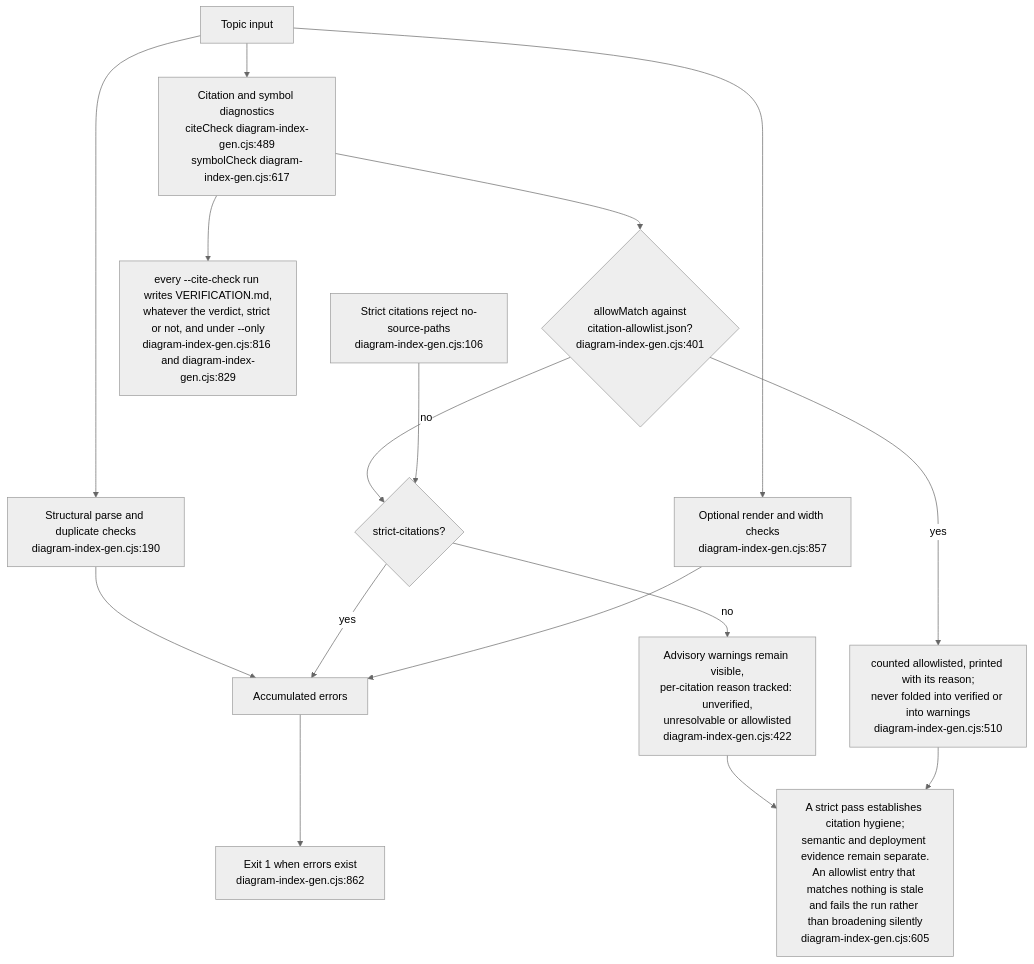
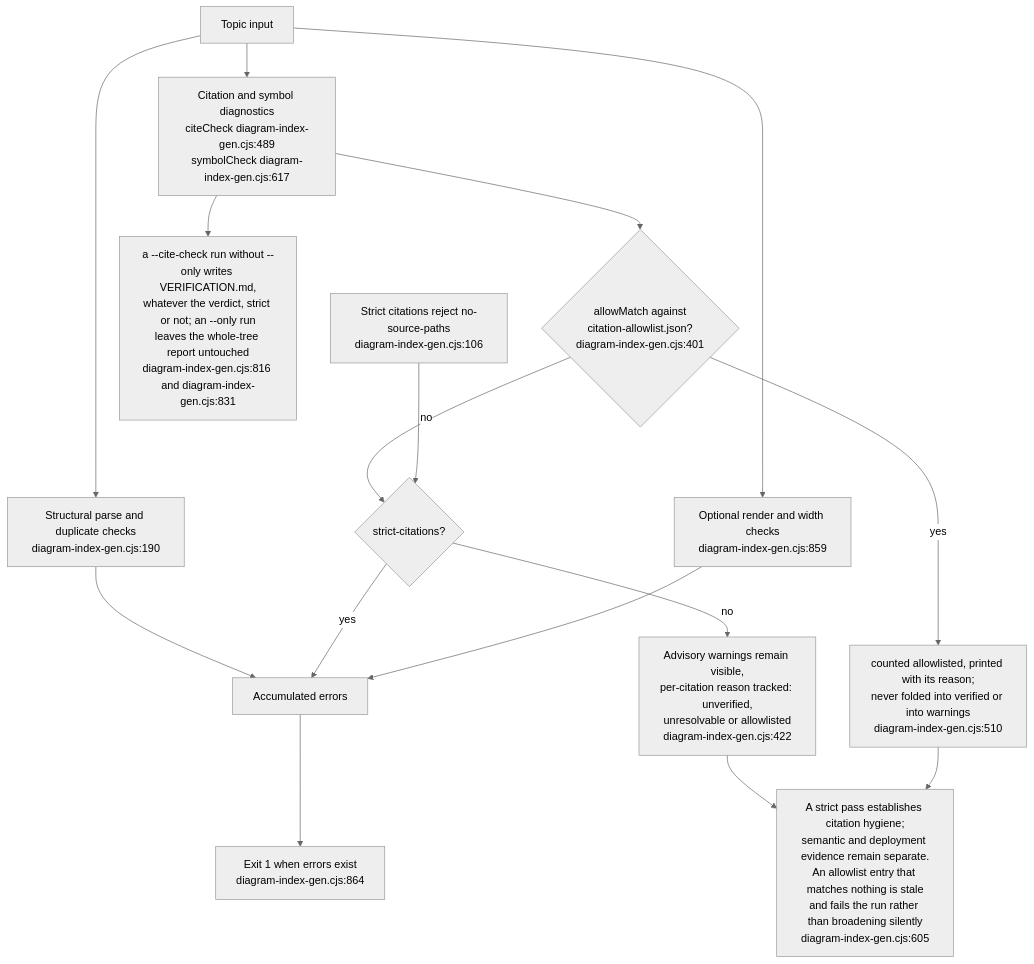
Before and after one commit to DreamLab-AI/VisionFlow: the ninth of 14 diagrams in docs/diagrams/visionflow/06-diagram-tooling.md, drawn with Mermaid (neutral theme). The commit also changed other lines of this file and 17 other files, not shown here.

````diff
--- a/docs/diagrams/visionflow/06-diagram-tooling.md
+++ b/docs/diagrams/visionflow/06-diagram-tooling.md
@@ -308,19 +308,19 @@
 ```mermaid
 flowchart TB
     I["Topic input"] --> P["Structural parse and duplicate checks<br/>diagram-index-gen.cjs:190"]
     P --> ERR["Accumulated errors"]
     I --> C["Citation and symbol diagnostics<br/>citeCheck diagram-index-gen.cjs:489<br/>symbolCheck diagram-index-gen.cjs:617"]
     C --> WAIVE{"allowMatch against<br/>citation-allowlist.json?<br/>diagram-index-gen.cjs:401"}
     WAIVE -->|yes| NOTE["counted allowlisted, printed with its reason;<br/>never folded into verified or into warnings<br/>diagram-index-gen.cjs:510"]
     WAIVE -->|no| STRICT{"strict-citations?"}
     STRICT -->|yes| ERR
     STRICT -->|no| WARN["Advisory warnings remain visible,<br/>per-citation reason tracked: unverified,<br/>unresolvable or allowlisted<br/>diagram-index-gen.cjs:422"]
-    C --> VER["every --cite-check run writes VERIFICATION.md,<br/>whatever the verdict, strict or not, and under --only<br/>diagram-index-gen.cjs:816 and diagram-index-gen.cjs:829"]
-    I --> R["Optional render and width checks<br/>diagram-index-gen.cjs:857"]
+    C --> VER["a --cite-check run without --only writes VERIFICATION.md,<br/>whatever the verdict, strict or not; an --only run<br/>leaves the whole-tree report untouched<br/>diagram-index-gen.cjs:816 and diagram-index-gen.cjs:831"]
+    I --> R["Optional render and width checks<br/>diagram-index-gen.cjs:859"]
     R --> ERR
-    ERR --> FAIL["Exit 1 when errors exist<br/>diagram-index-gen.cjs:862"]
+    ERR --> FAIL["Exit 1 when errors exist<br/>diagram-index-gen.cjs:864"]
     MODE["Strict citations reject no-source-paths<br/>diagram-index-gen.cjs:106"] --> STRICT
     LIMIT["A strict pass establishes citation hygiene;<br/>semantic and deployment evidence remain separate.<br/>An allowlist entry that matches nothing is stale<br/>and fails the run rather than broadening silently<br/>diagram-index-gen.cjs:605"]
     WARN --> LIMIT
     NOTE --> LIMIT
 ```
````
